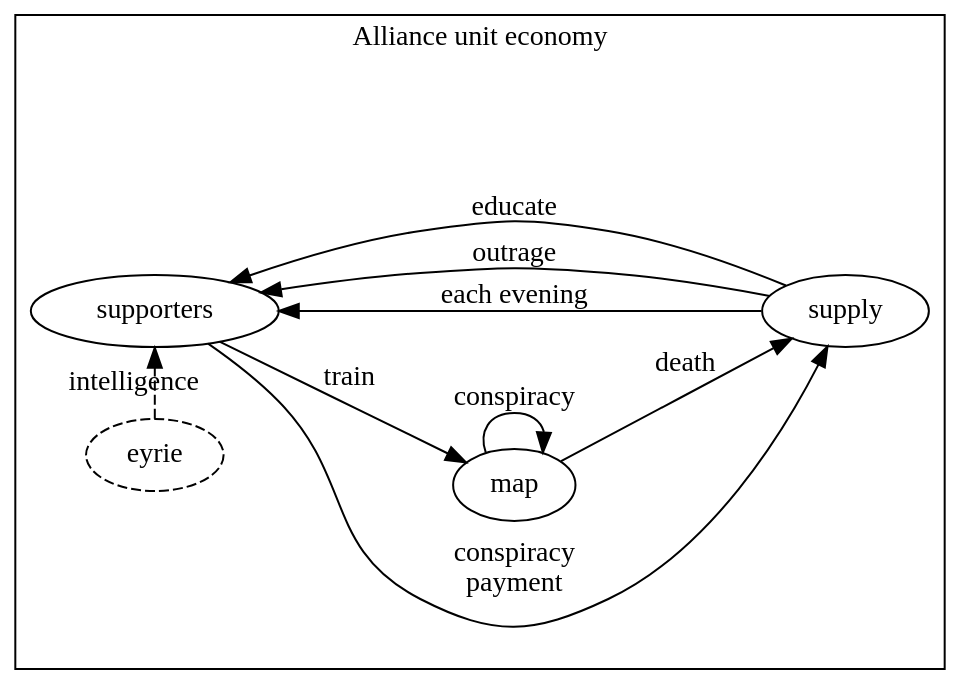
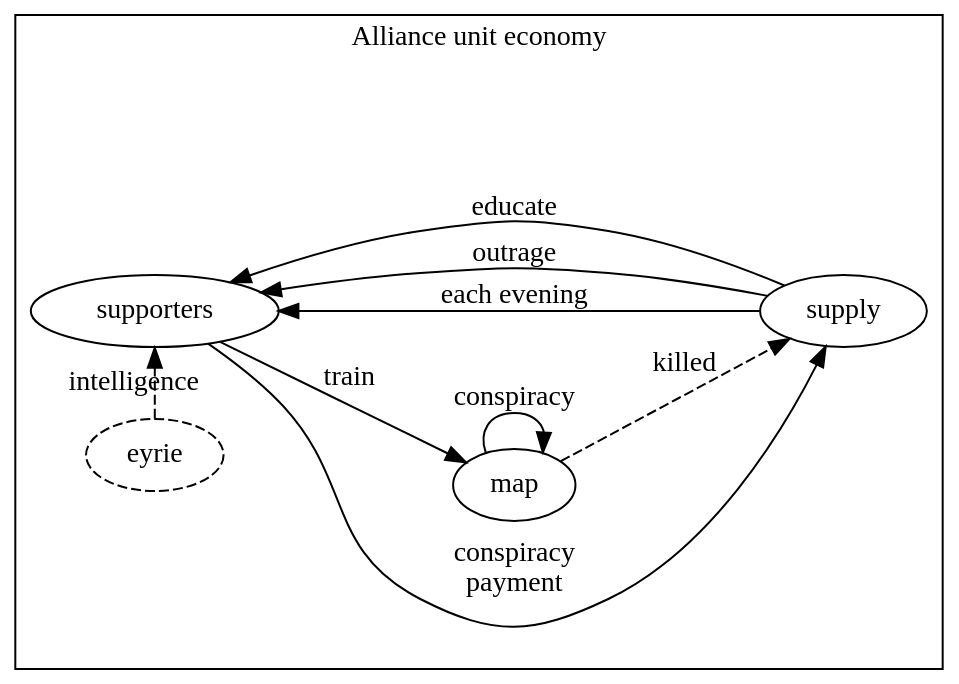
One commit to krawaller/root changed the diagram in diagrams/alliance-units.dot. Above: the diagram before and after it, drawn with Graphviz. The commit also changed 7 other files, not shown here.

```diff
--- a/diagrams/alliance-units.dot
+++ b/diagrams/alliance-units.dot
@@ -1,34 +1,34 @@
 digraph {
   rankdir = LR;
   bgcolor = transparent;
 
   subgraph cluster_allianceunits {
 
     label = "Alliance unit economy"
 
     supporters
 
     supply
 
     map -> map [label="conspiracy"]
 
 
     supply -> supporters [label="each evening"]
 
     supply -> supporters [label="outrage"]
 
     supply -> supporters [label="educate"]
 
 
     supporters -> map [label="train"]
 
     supporters -> supply [label="conspiracy\npayment"]
 
-    map -> supply [label="death"]
+    map -> supply [label="killed" style="dashed"]
 
     eyrie [style="dashed"]
     eyrie -> supporters [label="intelligence" style="dashed"]
 
     {rank=same; eyrie, supporters}
   }
 }
```
